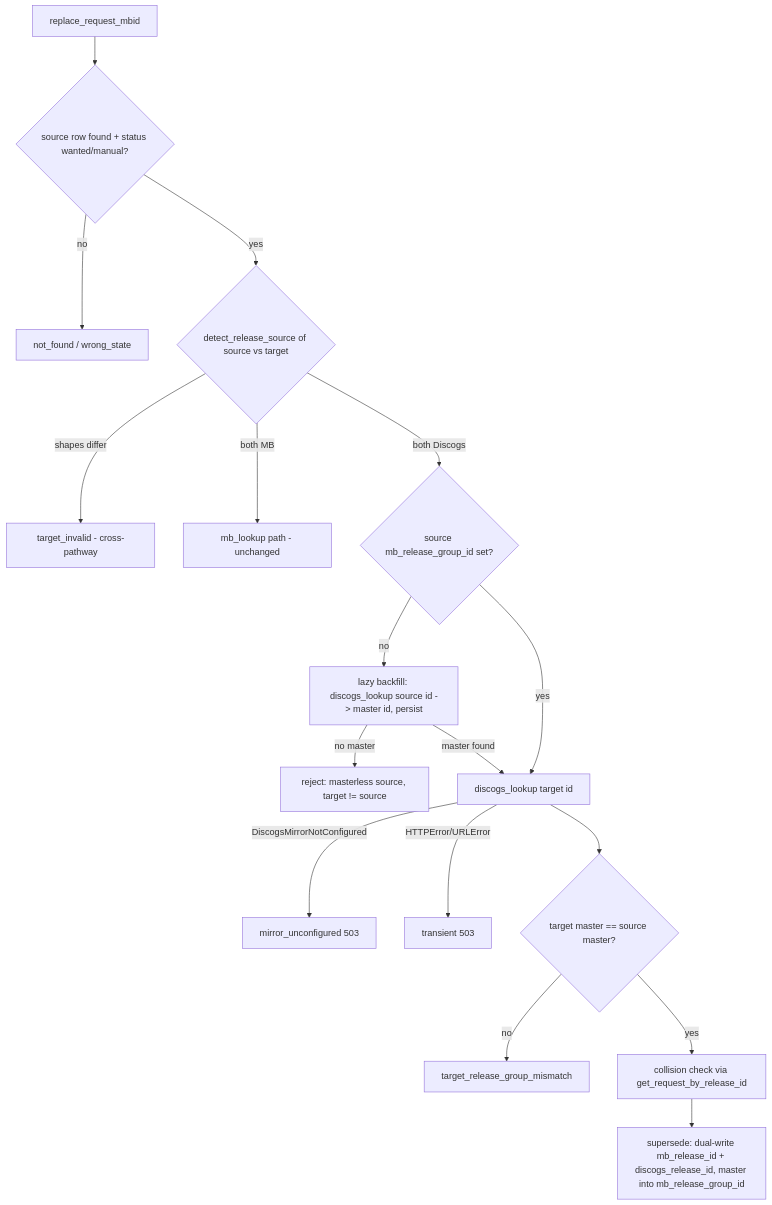
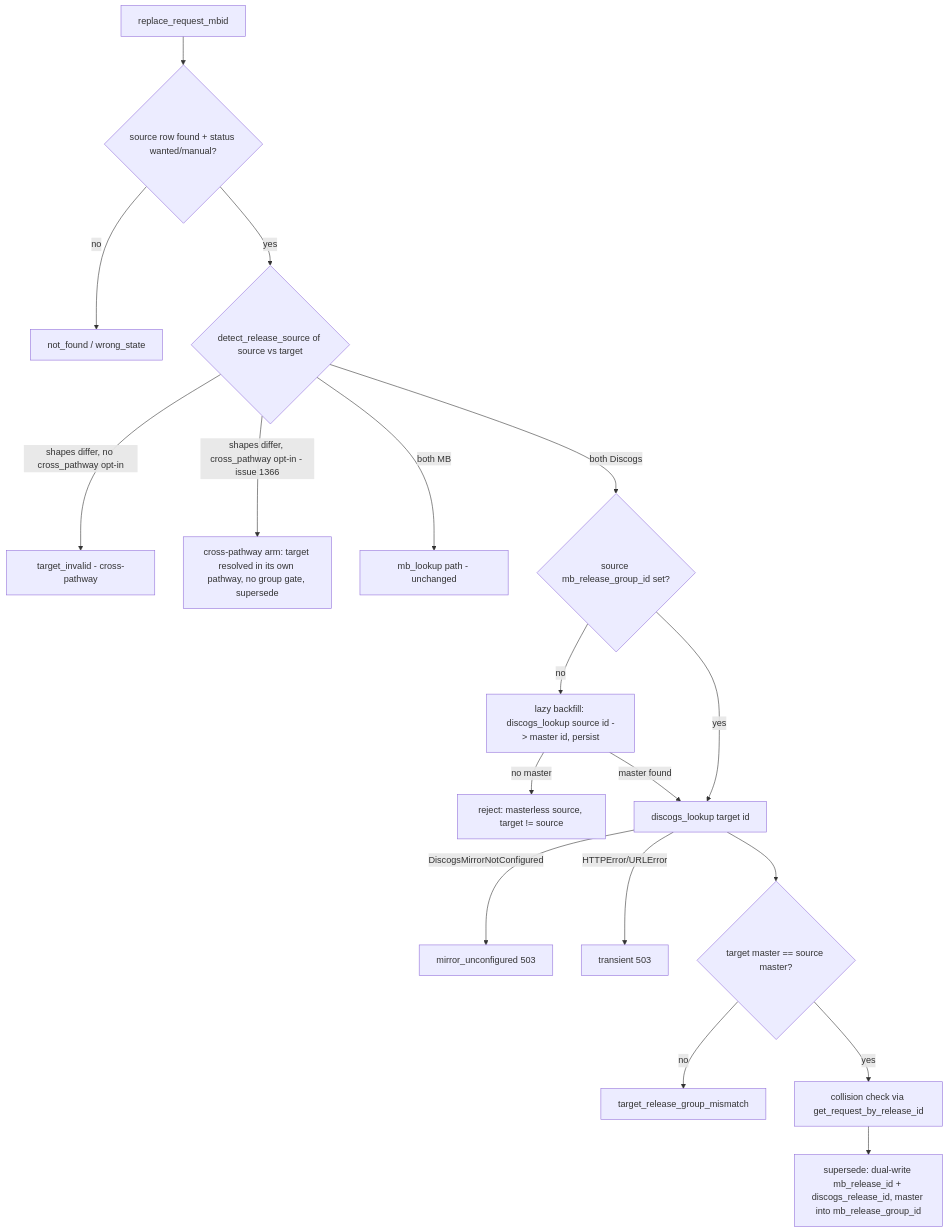
One commit to abl030/cratedigger changed the diagram in docs/plans/2026-07-04-001-feat-discogs-pathway-replace-plan.md. Above: the diagram before and after it, drawn with Mermaid. The commit also changed other lines of this file and 17 other files, not shown here.

````diff
--- a/docs/plans/2026-07-04-001-feat-discogs-pathway-replace-plan.md
+++ b/docs/plans/2026-07-04-001-feat-discogs-pathway-replace-plan.md
@@ -124,19 +126,20 @@
 ```mermaid
 flowchart TB
   A[replace_request_mbid] --> B{source row found + status wanted/manual?}
   B -->|no| X1[not_found / wrong_state]
   B -->|yes| C{detect_release_source of source vs target}
-  C -->|shapes differ| X2[target_invalid - cross-pathway]
+  C -->|shapes differ, no cross_pathway opt-in| X2[target_invalid - cross-pathway]
+  C -->|shapes differ, cross_pathway opt-in - issue 1366| CP[cross-pathway arm: target resolved in its own pathway, no group gate, supersede]
   C -->|both MB| D[mb_lookup path - unchanged]
   C -->|both Discogs| E{source mb_release_group_id set?}
   E -->|no| F[lazy backfill: discogs_lookup source id -> master id, persist]
   F -->|no master| X3[reject: masterless source, target != source]
   E -->|yes| G[discogs_lookup target id]
   F -->|master found| G
   G -->|DiscogsMirrorNotConfigured| X4[mirror_unconfigured 503]
   G -->|HTTPError/URLError| X5[transient 503]
   G --> H{target master == source master?}
   H -->|no| X6[target_release_group_mismatch]
   H -->|yes| I[collision check via get_request_by_release_id]
   I --> J[supersede: dual-write mb_release_id + discogs_release_id, master into mb_release_group_id]
 ```
````
